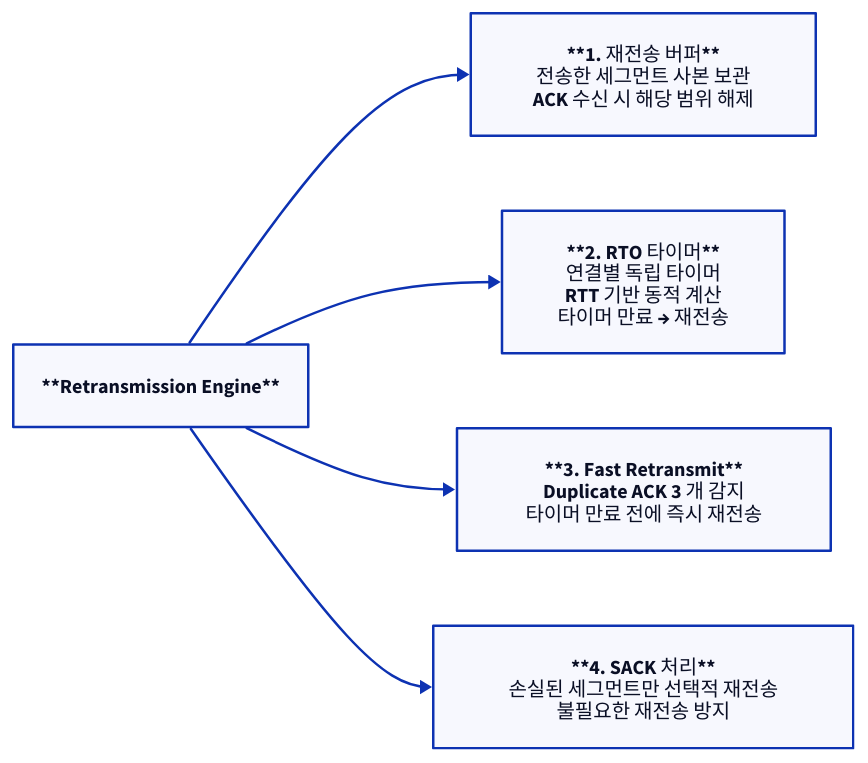
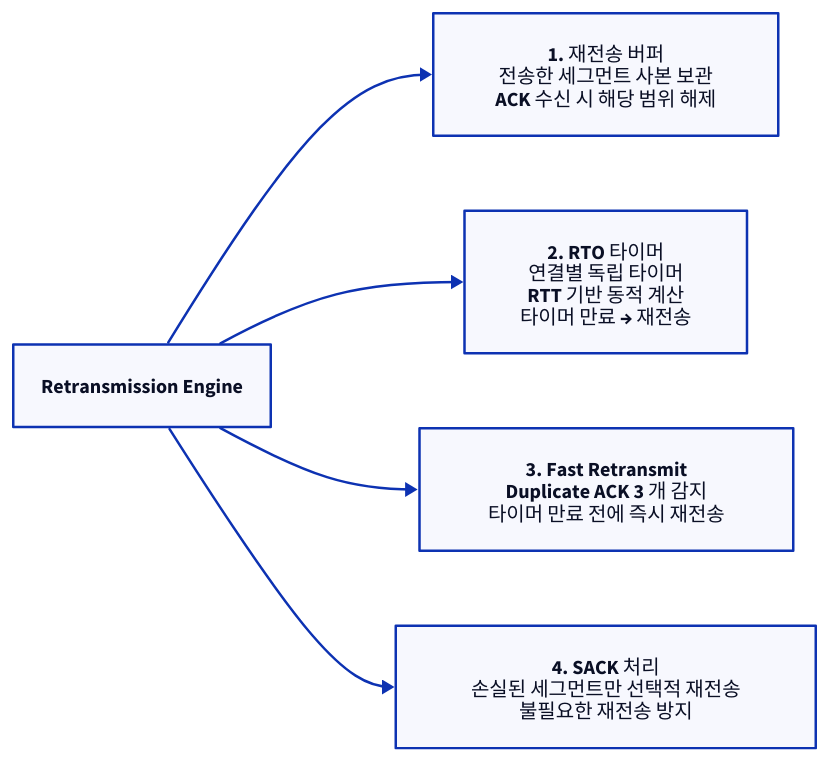
Before and after one commit to humbleowl39/DV_SKOOL: the sixth of 8 diagrams in starlight_site/src/content/docs/toe/03_toe_key_functions.md, drawn with D2. The commit also changed 714 other files, not shown here.

First line of the commit message:
fix(site): d2 다이어그램 가독성 결함 6종 일괄 수정

````diff
--- a/starlight_site/src/content/docs/toe/03_toe_key_functions.md
+++ b/starlight_site/src/content/docs/toe/03_toe_key_functions.md
@@ -346,13 +346,13 @@
 ```d2
 direction: right
 
-ENG: "**Retransmission Engine**"
-B1: "**1. 재전송 버퍼**\n전송한 세그먼트 사본 보관\nACK 수신 시 해당 범위 해제"
-B2: "**2. RTO 타이머**\n연결별 독립 타이머\nRTT 기반 동적 계산\n타이머 만료 → 재전송"
-B3: "**3. Fast Retransmit**\nDuplicate ACK 3 개 감지\n타이머 만료 전에 즉시 재전송"
-B4: "**4. SACK 처리**\n손실된 세그먼트만 선택적 재전송\n불필요한 재전송 방지"
+ENG: "Retransmission Engine"
+B1: "1. 재전송 버퍼\n전송한 세그먼트 사본 보관\nACK 수신 시 해당 범위 해제"
+B2: "2. RTO 타이머\n연결별 독립 타이머\nRTT 기반 동적 계산\n타이머 만료 → 재전송"
+B3: "3. Fast Retransmit\nDuplicate ACK 3 개 감지\n타이머 만료 전에 즉시 재전송"
+B4: "4. SACK 처리\n손실된 세그먼트만 선택적 재전송\n불필요한 재전송 방지"
 ENG -> B1
 ENG -> B2
 ENG -> B3
 ENG -> B4
 ```
````
